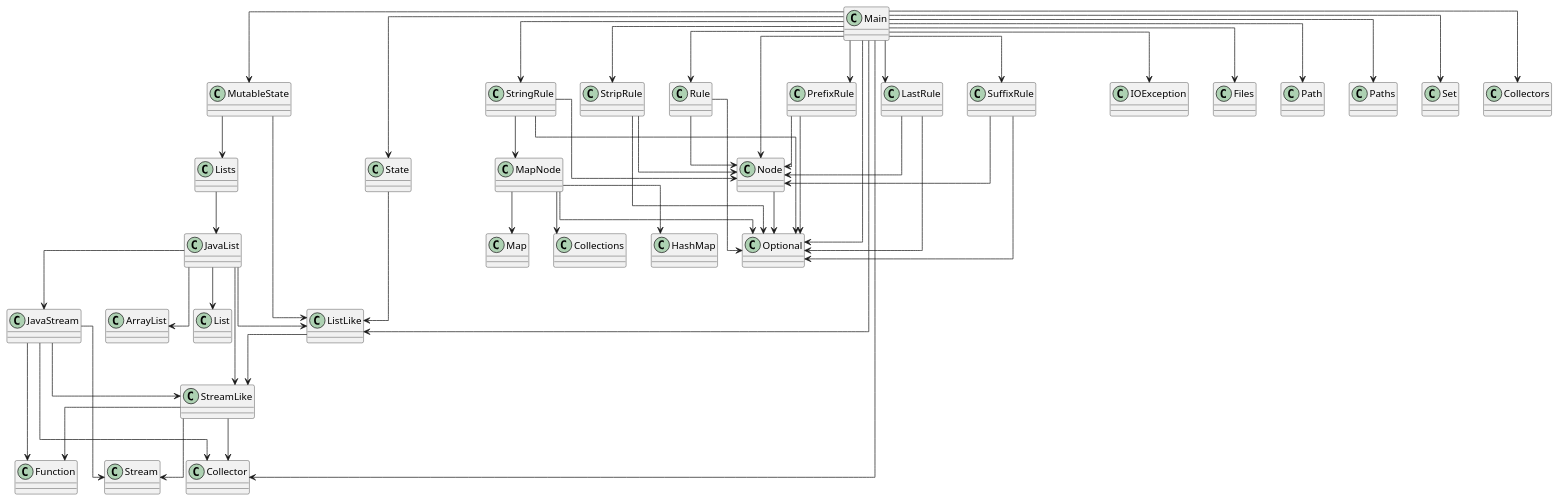
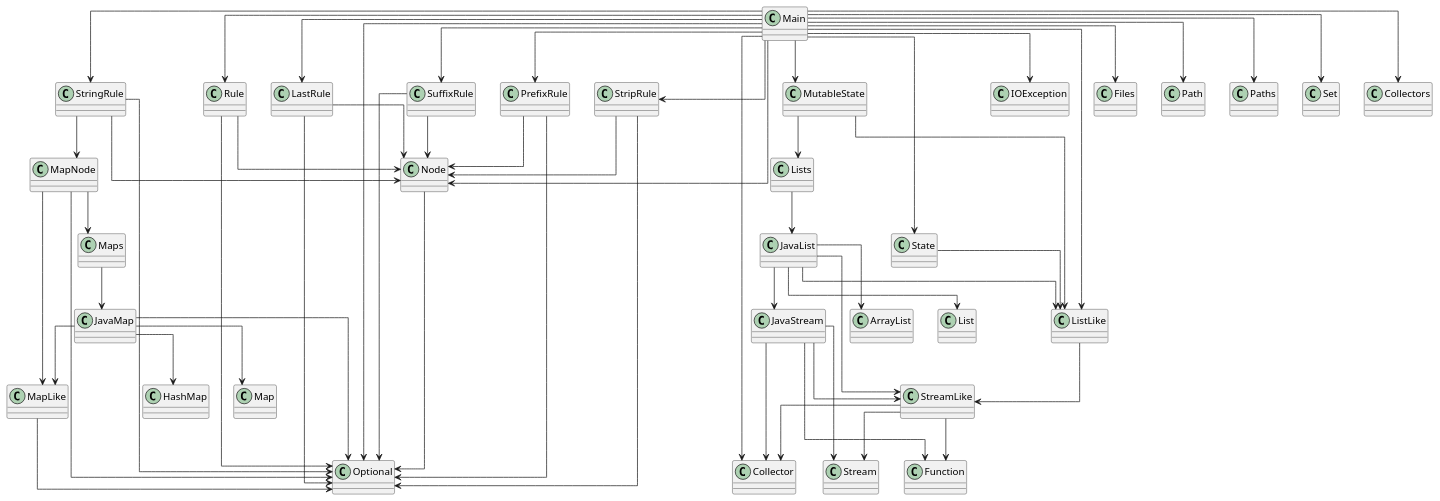
One commit to SirMathhman/Magma changed the diagram in diagram.puml. Above: the diagram before and after it, drawn with PlantUML. The commit also changed 4 other files, not shown here.

```diff
--- a/diagram.puml
+++ b/diagram.puml
@@ -1,73 +1,81 @@
 @startuml
 skinparam linetype ortho
 class ListLike
 ListLike --> StreamLike
 class Node
 Node --> Optional
 class StripRule
 StripRule --> Node
 StripRule --> Optional
+class Maps
+Maps --> JavaMap
 class Rule
 Rule --> Node
 Rule --> Optional
+class JavaMap
+JavaMap --> MapLike
+JavaMap --> HashMap
+JavaMap --> Map
+JavaMap --> Optional
 class StringRule
 StringRule --> MapNode
 StringRule --> Node
 StringRule --> Optional
 class JavaList
 JavaList --> JavaStream
 JavaList --> StreamLike
 JavaList --> ListLike
 JavaList --> ArrayList
 JavaList --> List
 class PrefixRule
 PrefixRule --> Node
 PrefixRule --> Optional
 class StreamLike
 StreamLike --> Function
 StreamLike --> Collector
 StreamLike --> Stream
 class MutableState
 MutableState --> ListLike
 MutableState --> Lists
 class Main
 Main --> LastRule
 Main --> MutableState
 Main --> PrefixRule
 Main --> Rule
 Main --> State
 Main --> StringRule
 Main --> StripRule
 Main --> SuffixRule
 Main --> ListLike
 Main --> Node
 Main --> IOException
 Main --> Files
 Main --> Path
 Main --> Paths
 Main --> Optional
 Main --> Set
 Main --> Collector
 Main --> Collectors
 class Lists
 Lists --> JavaList
 class MapNode
-MapNode --> Collections
-MapNode --> HashMap
-MapNode --> Map
+MapNode --> MapLike
+MapNode --> Maps
 MapNode --> Optional
 class LastRule
 LastRule --> Node
 LastRule --> Optional
 class SuffixRule
 SuffixRule --> Node
 SuffixRule --> Optional
+class MapLike
+MapLike --> Optional
 class JavaStream
 JavaStream --> StreamLike
 JavaStream --> Function
 JavaStream --> Collector
 JavaStream --> Stream
 class State
 State --> ListLike
 
 @enduml
```
